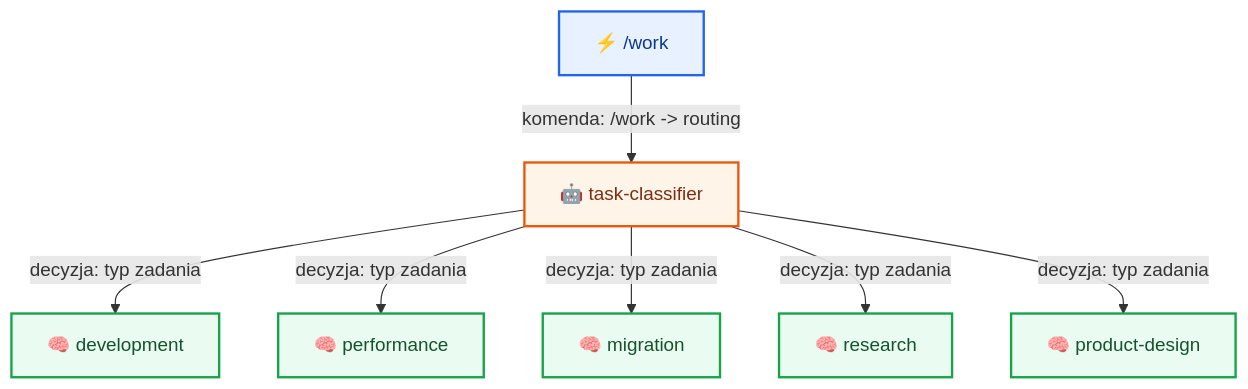
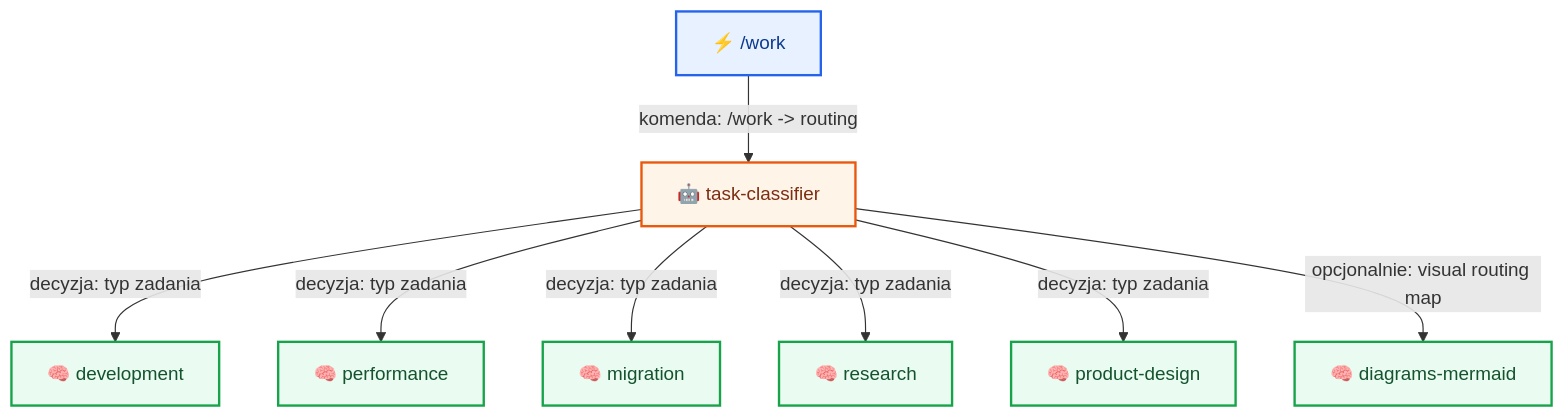
One commit to plucins/flowbit changed the first of 10 diagrams in docs/flow/workflows.md. Above: the diagram before and after it, drawn with Mermaid. The commit also changed other lines of this file and 11 other files, not shown here.

Commit message:
Add Mermaid diagram sections to architecture and overview documentation for enhanced visual clarity

````diff
--- a/docs/flow/workflows.md
+++ b/docs/flow/workflows.md
@@ -26,16 +27,17 @@
 ```mermaid
 graph TD
   WORK["⚡ /work"] -- "komenda: /work -> routing" --> CLASS["🤖 task-classifier"]
   CLASS -- "decyzja: typ zadania" --> DEV["🧠 development"]
   CLASS -- "decyzja: typ zadania" --> PERF["🧠 performance"]
   CLASS -- "decyzja: typ zadania" --> MIG["🧠 migration"]
   CLASS -- "decyzja: typ zadania" --> RES["🧠 research"]
   CLASS -- "decyzja: typ zadania" --> PD["🧠 product-design"]
+  CLASS -- "opcjonalnie: visual routing map" --> DIAG_W["🧠 diagrams-mermaid"]
 
   classDef cmd fill:#E8F1FF,stroke:#2563EB,stroke-width:2px,color:#0B3A8F;
   classDef skill fill:#EAFBF1,stroke:#16A34A,stroke-width:2px,color:#14532D;
   classDef agent fill:#FFF4E8,stroke:#EA580C,stroke-width:2px,color:#7C2D12;
   class WORK cmd;
-  class DEV,PERF,MIG,RES,PD skill;
+  class DEV,PERF,MIG,RES,PD,DIAG_W skill;
   class CLASS agent;
 ```
````
